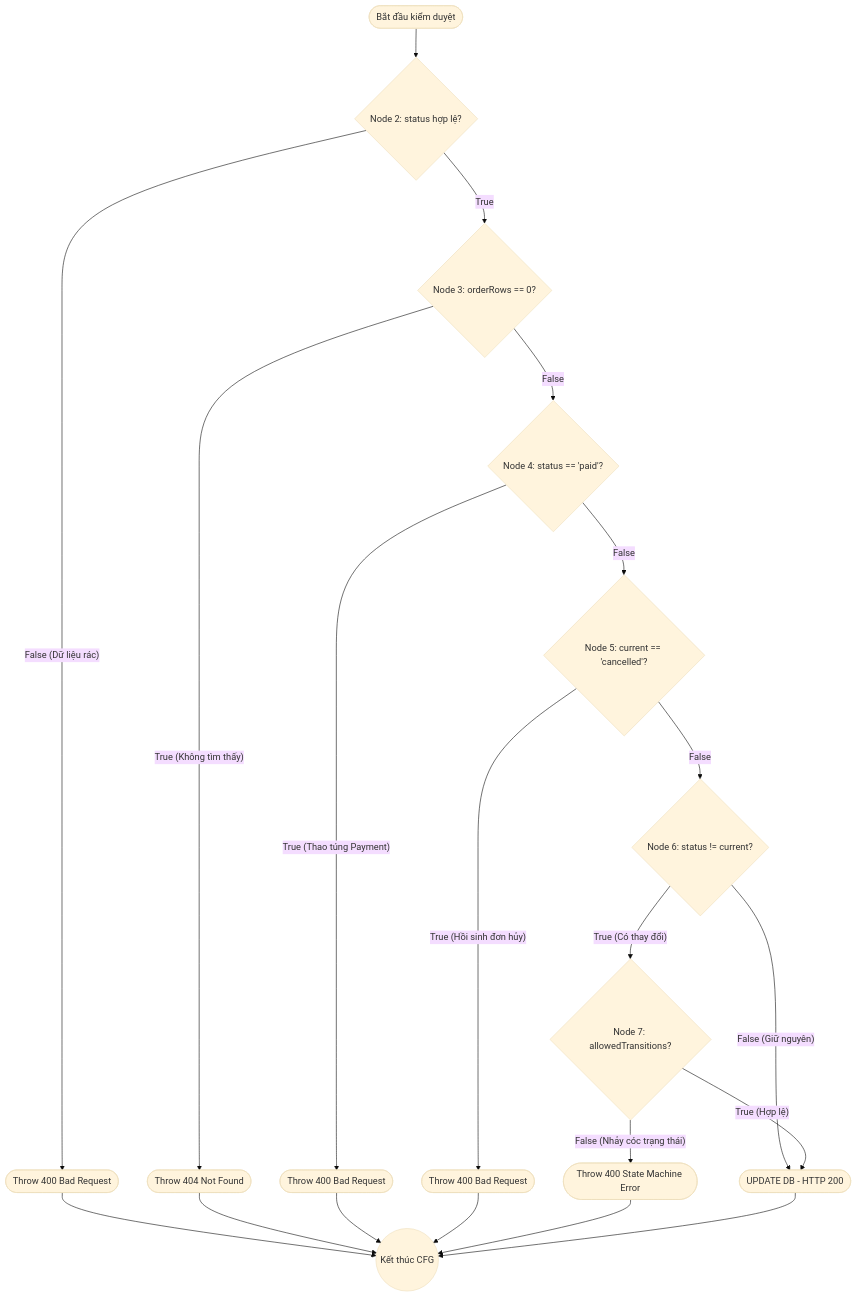
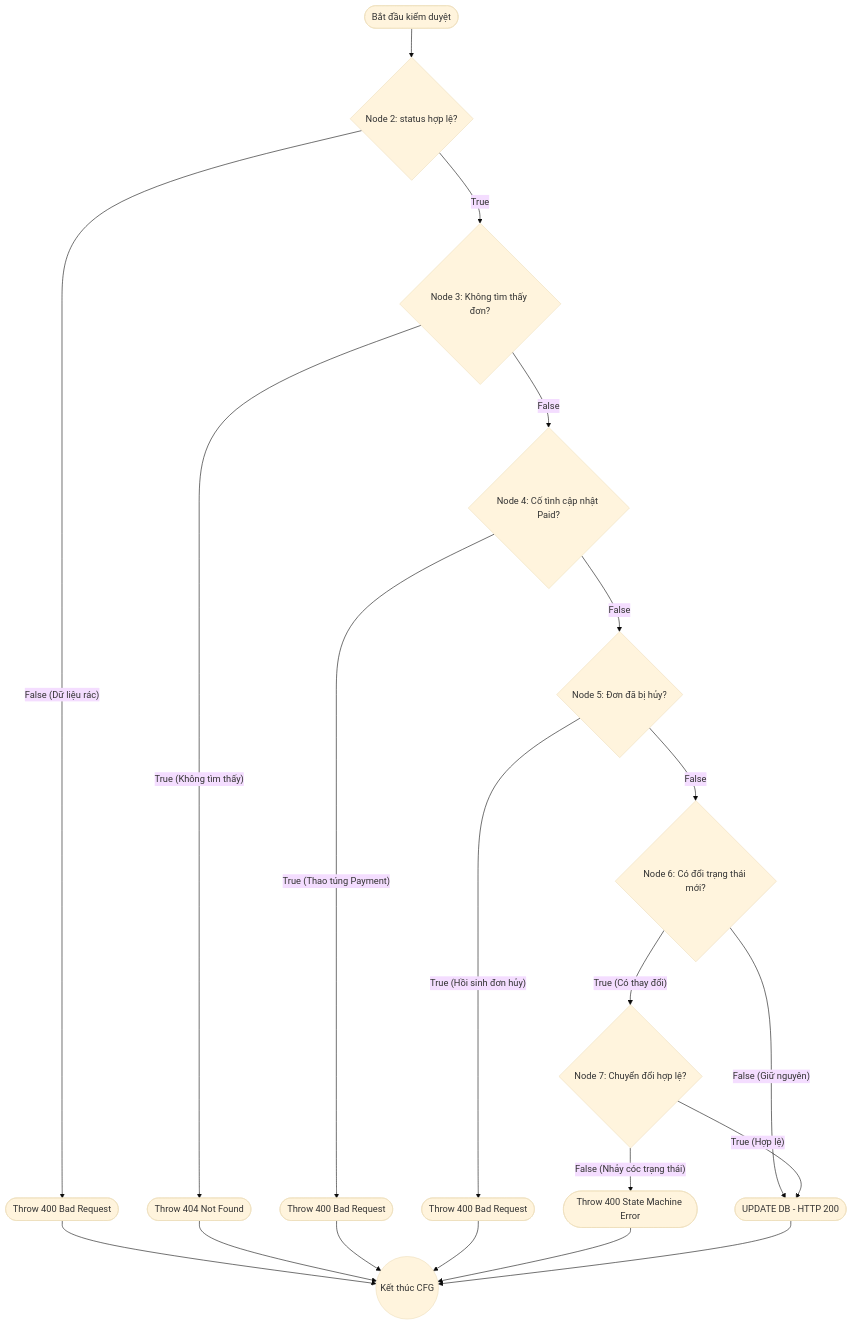
The third of 5 diagrams in Reports md/091205000607_NguyenThanhTri_Orderservice.md (Mutrapro-KCPM/mutrapro_system_testing), drawn with Mermaid (base theme) before and after one commit. The commit also changed other lines of this file, not shown here.

````diff
--- a/Reports md/091205000607_NguyenThanhTri_Orderservice.md
+++ b/Reports md/091205000607_NguyenThanhTri_Orderservice.md
@@ -383,23 +383,23 @@
 ```mermaid
 graph TD
     N1([Bắt đầu kiểm duyệt]) --> N2{Node 2: status hợp lệ?}
     N2 -- False (Dữ liệu rác) --> N_Err1([Throw 400 Bad Request])
-    N2 -- True --> N3{Node 3: orderRows == 0?}
+    N2 -- True --> N3{Node 3: Không tìm thấy đơn?}
     N3 -- True (Không tìm thấy) --> N_Err2([Throw 404 Not Found])
-    N3 -- False --> N4{Node 4: status == 'paid'?}
+    N3 -- False --> N4{Node 4: Cố tình cập nhật Paid?}
     N4 -- True (Thao túng Payment) --> N_Err3([Throw 400 Bad Request])
-    N4 -- False --> N5{Node 5: current == 'cancelled'?}
+    N4 -- False --> N5{Node 5: Đơn đã bị hủy?}
     N5 -- True (Hồi sinh đơn hủy) --> N_Err4([Throw 400 Bad Request])
-    N5 -- False --> N6{Node 6: status != current?}
+    N5 -- False --> N6{Node 6: Có đổi trạng thái mới?}
     N6 -- False (Giữ nguyên) --> N8([UPDATE DB - HTTP 200])
-    N6 -- True (Có thay đổi) --> N7{Node 7: allowedTransitions?}
+    N6 -- True (Có thay đổi) --> N7{Node 7: Chuyển đổi hợp lệ?}
     N7 -- False (Nhảy cóc trạng thái) --> N_Err5([Throw 400 State Machine Error])
     N7 -- True (Hợp lệ) --> N8
 
     N_Err1 --> N_End((Kết thúc CFG))
     N_Err2 --> N_End
     N_Err3 --> N_End
     N_Err4 --> N_End
     N_Err5 --> N_End
     N8 --> N_End
 ```
````
